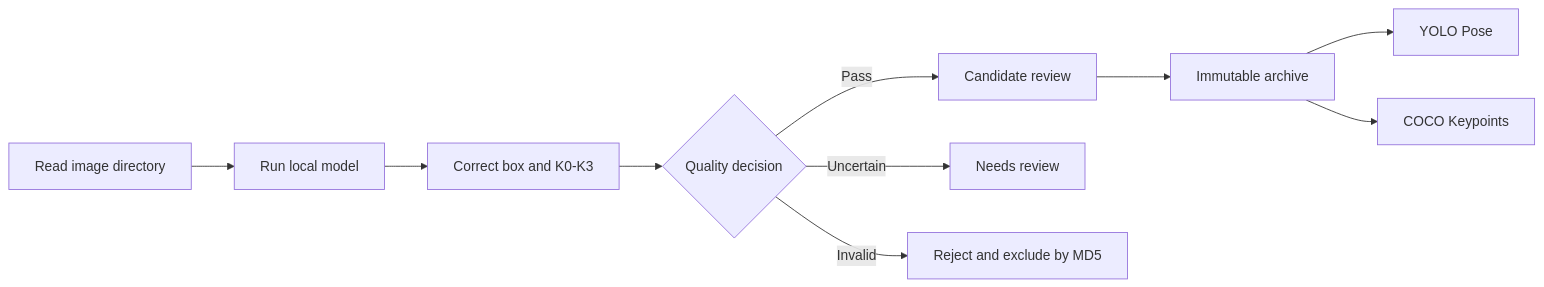
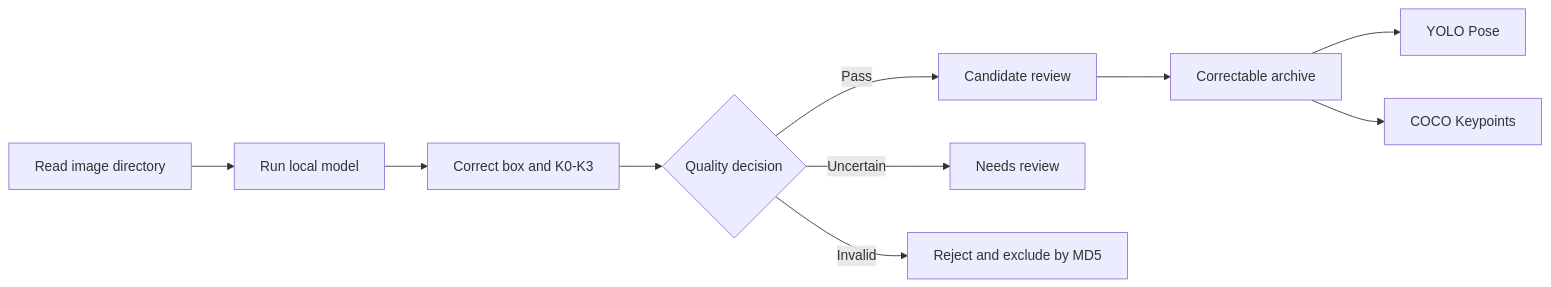
The diagram in doc/product-overview.md (DigInsight-AI/tool-idcard-label), drawn with Mermaid before and after one commit. The commit also changed other lines of this file and 13 other files, not shown here.

````diff
--- a/doc/product-overview.md
+++ b/doc/product-overview.md
@@ -17,12 +17,12 @@
 ```mermaid
 flowchart LR
     A[Read image directory] --> B[Run local model]
     B --> C[Correct box and K0-K3]
     C --> D{Quality decision}
     D -->|Pass| E[Candidate review]
     D -->|Uncertain| F[Needs review]
     D -->|Invalid| G[Reject and exclude by MD5]
-    E --> H[Immutable archive]
+    E --> H[Correctable archive]
     H --> I[YOLO Pose]
     H --> J[COCO Keypoints]
 ```
````
